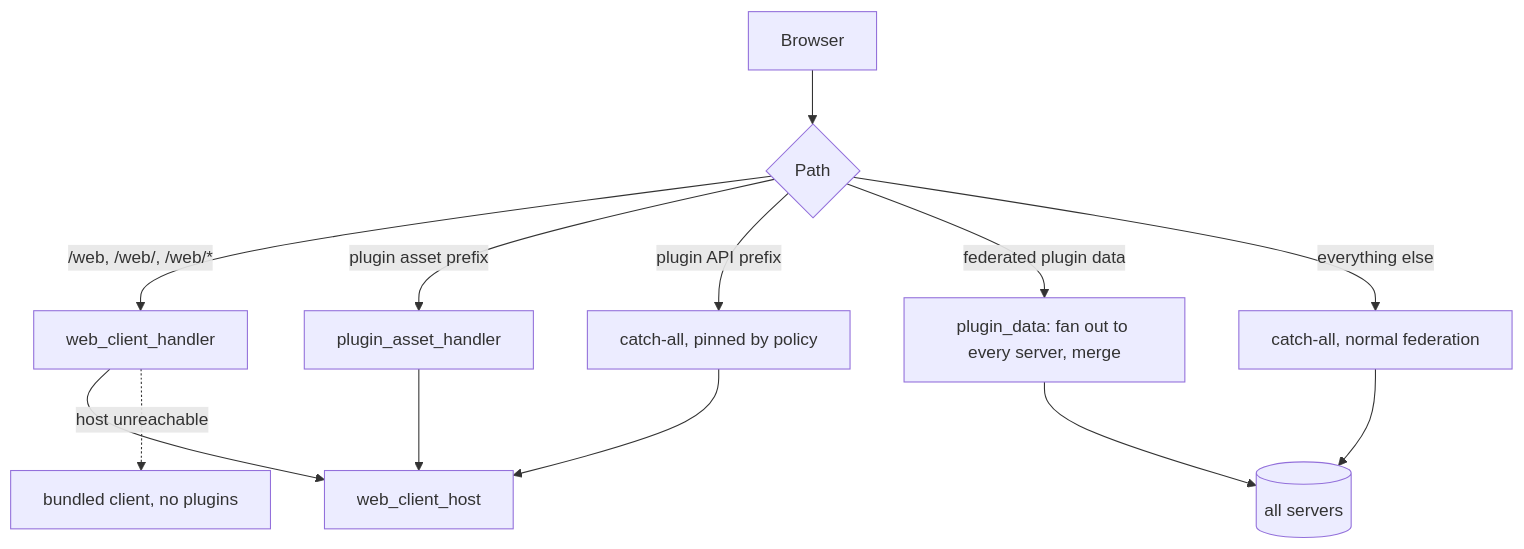
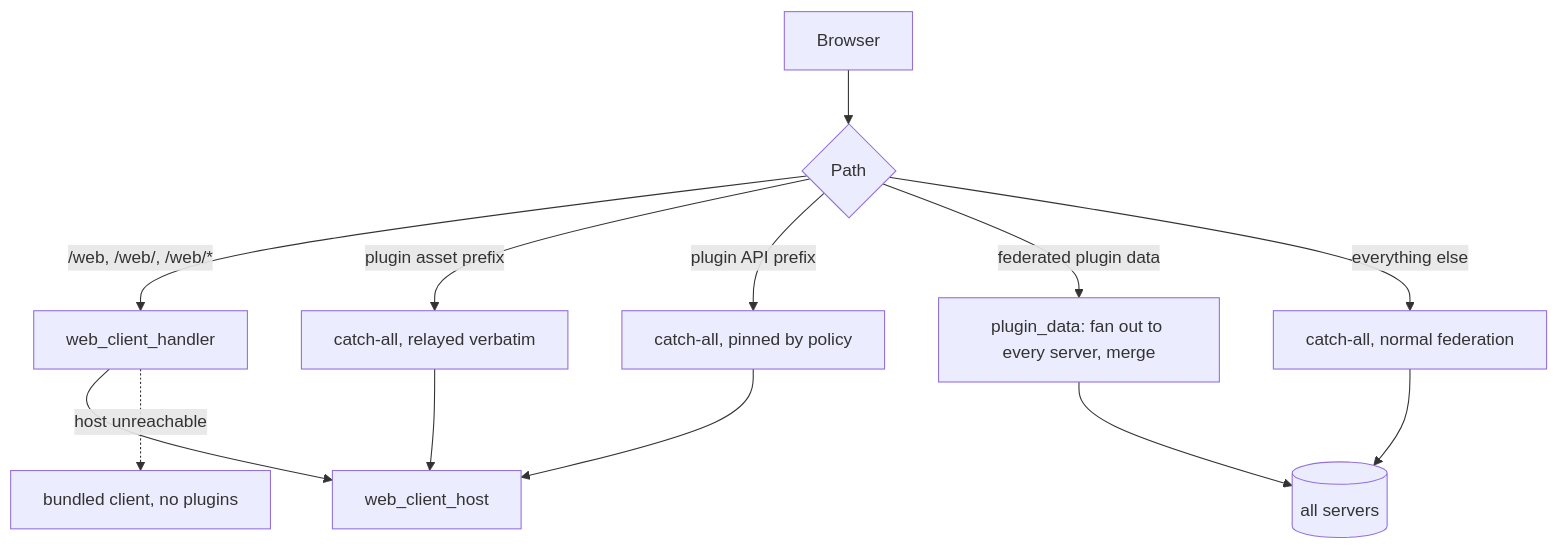
The diagram in docs/plugin-federation.md (DemonFiend/Jellyswarrm), drawn with Mermaid before and after one commit. The commit also changed other lines of this file and 2 other files, not shown here.

````diff
--- a/docs/plugin-federation.md
+++ b/docs/plugin-federation.md
@@ -29,15 +29,15 @@
 ```mermaid
 flowchart TD
     A[Browser] --> B{Path}
     B -->|"/web, /web/, /web/*"| C[web_client_handler]
-    B -->|plugin asset prefix| D[plugin_asset_handler]
+    B -->|plugin asset prefix| D[catch-all, relayed verbatim]
     B -->|plugin API prefix| E[catch-all, pinned by policy]
     B -->|federated plugin data| F[plugin_data: fan out to every server, merge]
     B -->|everything else| G[catch-all, normal federation]
     C --> H[web_client_host]
     D --> H
     E --> H
     F --> I[(all servers)]
     G --> I
     C -.->|host unreachable| J[bundled client, no plugins]
 ```
````
